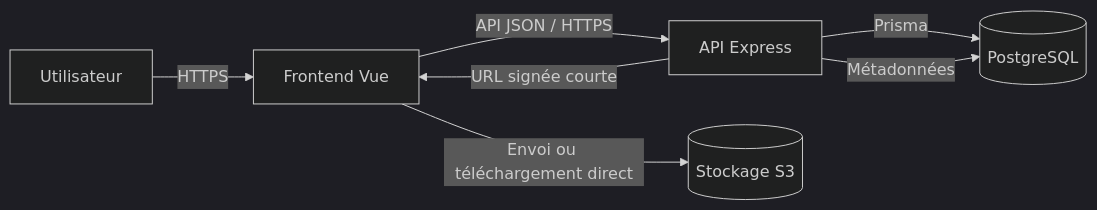
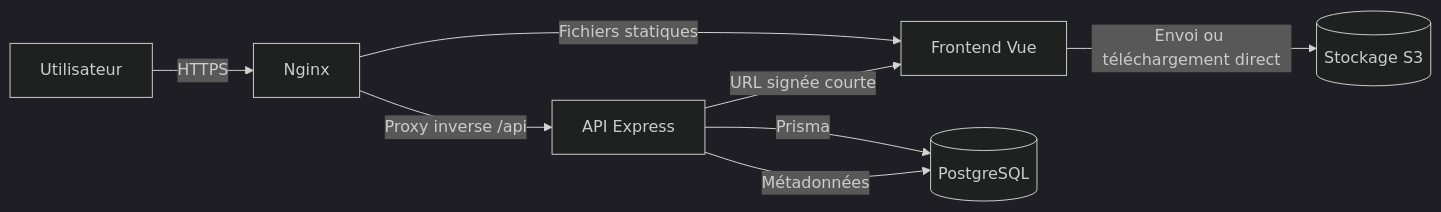
One commit to bpierrelouis/suivi changed the diagram in docs/stack-technique.md. Above: the diagram before and after it, drawn with Mermaid (dark theme). The commit also changed other lines of this file and 15 other files, not shown here.

````diff
--- a/docs/stack-technique.md
+++ b/docs/stack-technique.md
@@ -27,9 +27,10 @@
 ```mermaid
 flowchart LR
-    U[Utilisateur] -->|HTTPS| F[Frontend Vue]
-    F -->|API JSON / HTTPS| A[API Express]
+    U[Utilisateur] -->|HTTPS| N[Nginx]
+    N -->|Fichiers statiques| F[Frontend Vue]
+    N -->|Proxy inverse /api| A[API Express]
     A -->|Prisma| P[(PostgreSQL)]
     A -->|Métadonnées| P
     A -->|URL signée courte| F
     F -->|Envoi ou téléchargement direct| S[(Stockage S3)]
 ```
````
